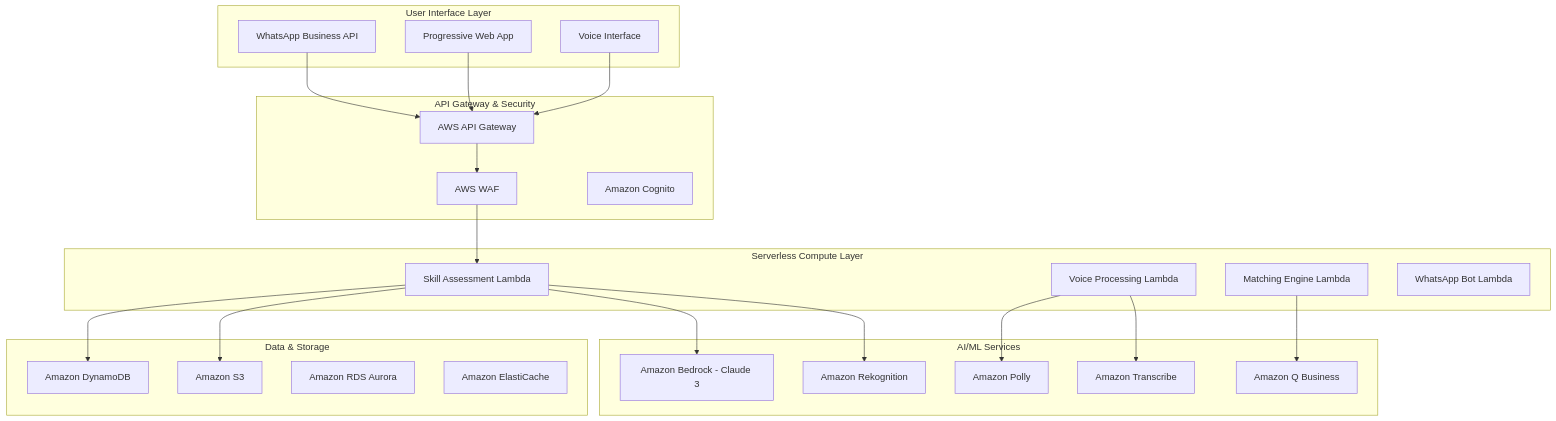
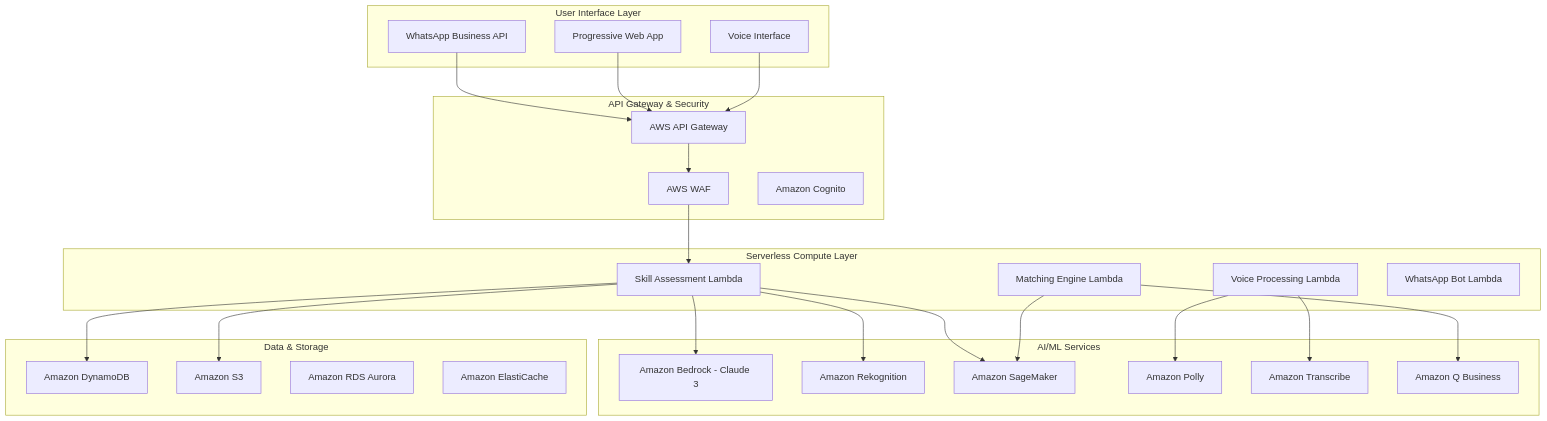
Before and after one commit to rukaiya14/SheBalance: the diagram in .kiro/design.md, drawn with Mermaid. The commit also changed other lines of this file, not shown here.

First line of the commit message:
Add Amazon SageMaker integration to design documentation

````diff
--- a/.kiro/design.md
+++ b/.kiro/design.md
@@ -10,49 +10,52 @@
 ```mermaid
 graph TB
     subgraph "User Interface Layer"
         WA[WhatsApp Business API]
         PWA[Progressive Web App]
         Voice[Voice Interface]
     end
     
     subgraph "API Gateway & Security"
         APIG[AWS API Gateway]
         WAF[AWS WAF]
         Cognito[Amazon Cognito]
     end
     
     subgraph "Serverless Compute Layer"
         Lambda1[Skill Assessment Lambda]
         Lambda2[Matching Engine Lambda]
         Lambda3[Voice Processing Lambda]
         Lambda4[WhatsApp Bot Lambda]
     end
     
     subgraph "AI/ML Services"
         Bedrock[Amazon Bedrock - Claude 3]
         Rekognition[Amazon Rekognition]
+        SageMaker[Amazon SageMaker]
         Polly[Amazon Polly]
         Transcribe[Amazon Transcribe]
         Q[Amazon Q Business]
     end
     
     subgraph "Data & Storage"
         DynamoDB[Amazon DynamoDB]
         S3[Amazon S3]
         RDS[Amazon RDS Aurora]
         ElastiCache[Amazon ElastiCache]
     end
     
     WA --> APIG
     PWA --> APIG
     Voice --> APIG
     APIG --> WAF
     WAF --> Lambda1
     Lambda1 --> Bedrock
     Lambda1 --> Rekognition
+    Lambda1 --> SageMaker
     Lambda2 --> Q
+    Lambda2 --> SageMaker
     Lambda3 --> Polly
     Lambda3 --> Transcribe
     Lambda1 --> DynamoDB
     Lambda1 --> S3
 ```
````
